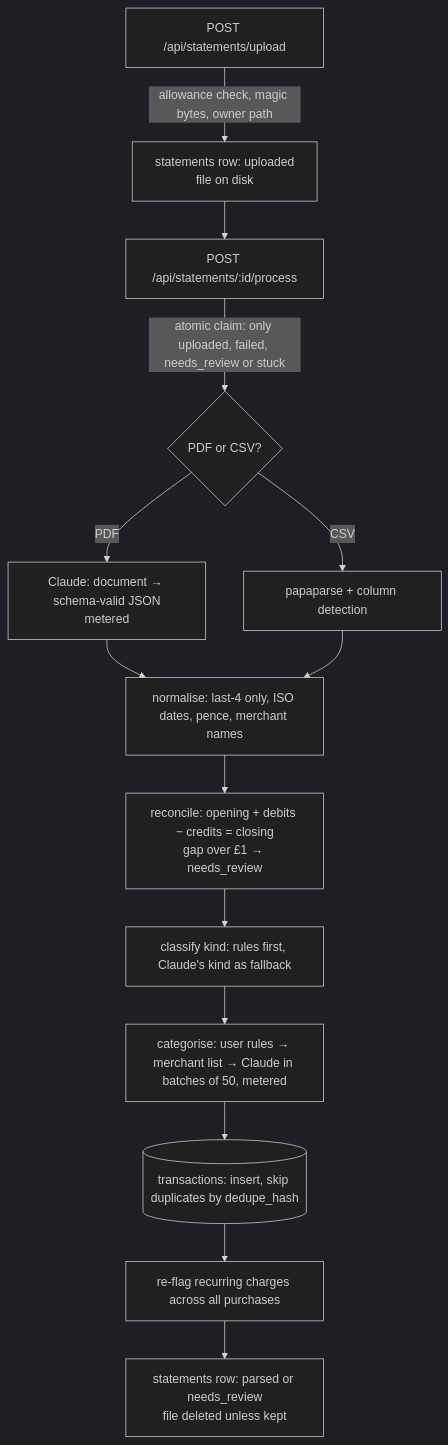
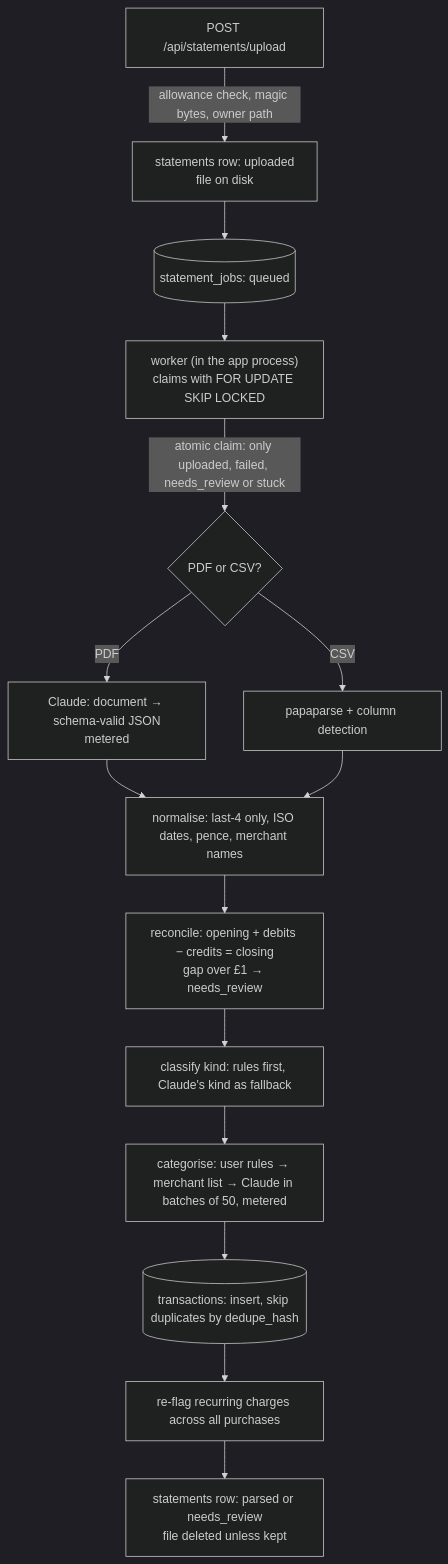
The third of 5 diagrams in docs/ARCHITECTURE.md (JoyBhuiya/Cardlens), drawn with Mermaid (dark theme) before and after one commit. The commit also changed other lines of this file and 68 other files, not shown here.

````diff
--- a/docs/ARCHITECTURE.md
+++ b/docs/ARCHITECTURE.md
@@ -84,16 +86,17 @@
 ```mermaid
 flowchart TD
   up["POST /api/statements/upload"] -->|"allowance check, magic bytes, owner path"| st1["statements row: uploaded<br/>file on disk"]
-  st1 --> proc["POST /api/statements/:id/process"]
-  proc -->|"atomic claim: only uploaded, failed, needs_review or stuck"| ex{"PDF or CSV?"}
+  st1 --> q[("statement_jobs: queued")]
+  q --> w["worker (in the app process)<br/>claims with FOR UPDATE SKIP LOCKED"]
+  w -->|"atomic claim: only uploaded, failed, needs_review or stuck"| ex{"PDF or CSV?"}
   ex -- "PDF" --> claude1["Claude: document → schema-valid JSON<br/>metered"]
   ex -- "CSV" --> csv["papaparse + column detection"]
   claude1 --> norm["normalise: last-4 only, ISO dates, pence, merchant names"]
   csv --> norm
   norm --> rec["reconcile: opening + debits − credits = closing<br/>gap over £1 → needs_review"]
   rec --> cls["classify kind: rules first, Claude's kind as fallback"]
   cls --> cat["categorise: user rules → merchant list → Claude in batches of 50, metered"]
   cat --> ins[("transactions: insert, skip duplicates by dedupe_hash")]
   ins --> recur["re-flag recurring charges across all purchases"]
   recur --> done["statements row: parsed or needs_review<br/>file deleted unless kept"]
 ```
````
